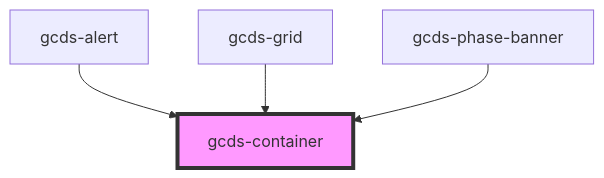
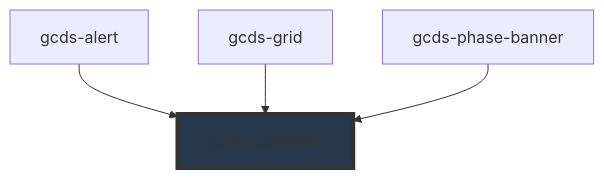
One commit to cds-snc/gcds-components changed the diagram in packages/web/src/components/gcds-container/readme.md. Above: the diagram before and after it, drawn with Mermaid. The commit also changed other lines of this file and 44 other files, not shown here.

````diff
--- a/packages/web/src/components/gcds-container/readme.md
+++ b/packages/web/src/components/gcds-container/readme.md
@@ -30,7 +37,7 @@
 ```mermaid
 graph TD;
   gcds-alert --> gcds-container
   gcds-grid --> gcds-container
   gcds-phase-banner --> gcds-container
-  style gcds-container fill:#f9f,stroke:#333,stroke-width:4px
+  style gcds-container fill:#26374a,stroke:#333,stroke-width:4px
 ```
````
